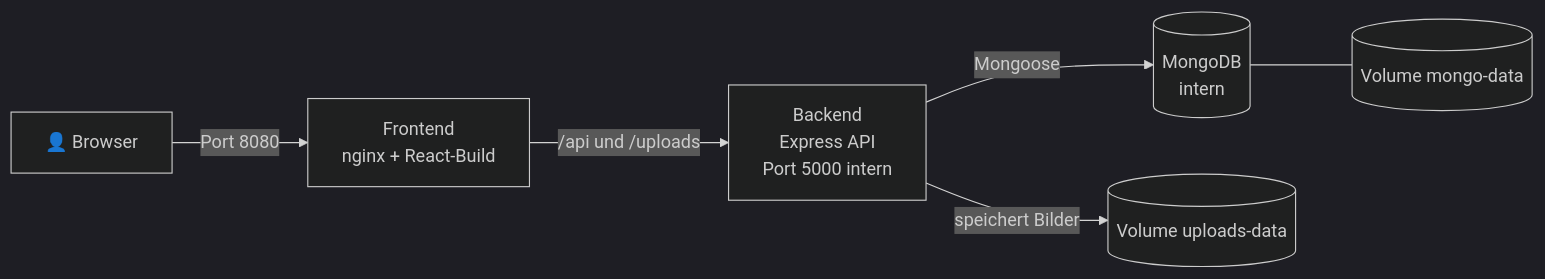
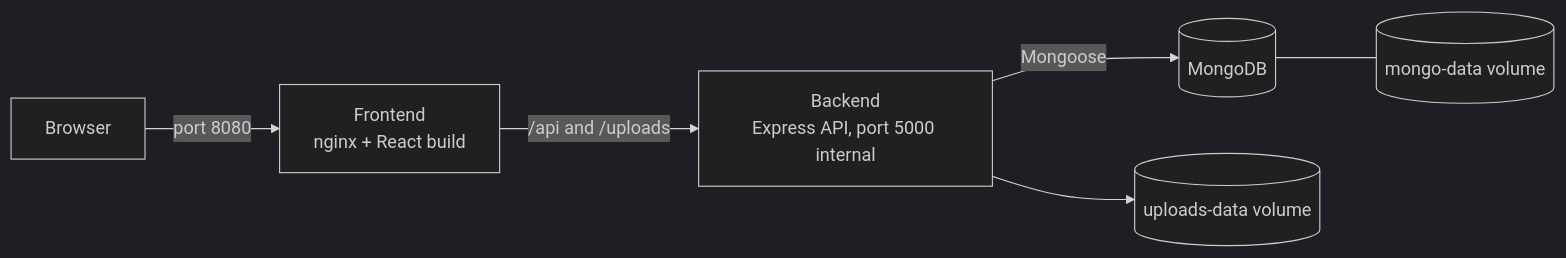
One commit to Alaamk123/foodly1 changed the diagram in README.md. Above: the diagram before and after it, drawn with Mermaid (dark theme). The commit also changed other lines of this file, not shown here.

````diff
--- a/README.md
+++ b/README.md
@@ -41,8 +38,8 @@
 ```mermaid
 flowchart LR
-    U[👤 Browser] -->|Port 8080| N[Frontend<br/>nginx + React-Build]
-    N -->|/api und /uploads| B[Backend<br/>Express API<br/>Port 5000 intern]
-    B -->|Mongoose| D[(MongoDB<br/>intern)]
-    B -->|speichert Bilder| UP[(Volume uploads-data)]
-    D --- V[(Volume mongo-data)]
+    U[Browser] -->|port 8080| N[Frontend<br/>nginx + React build]
+    N -->|/api and /uploads| B[Backend<br/>Express API, port 5000 internal]
+    B -->|Mongoose| D[(MongoDB)]
+    B --> UP[(uploads-data volume)]
+    D --- V[(mongo-data volume)]
 ```
````
